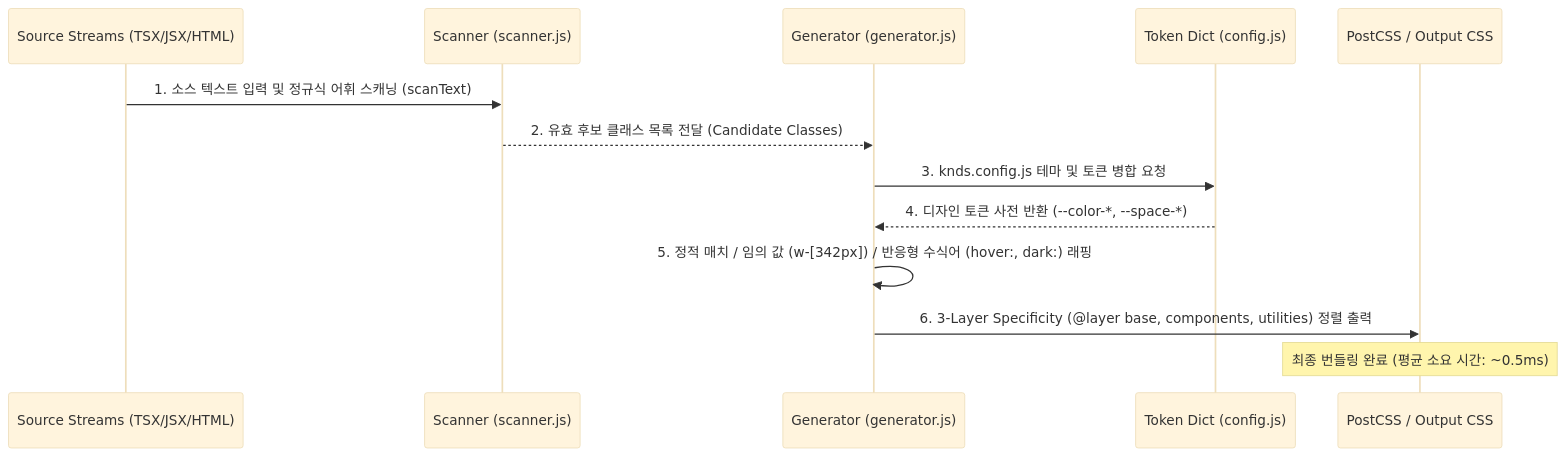
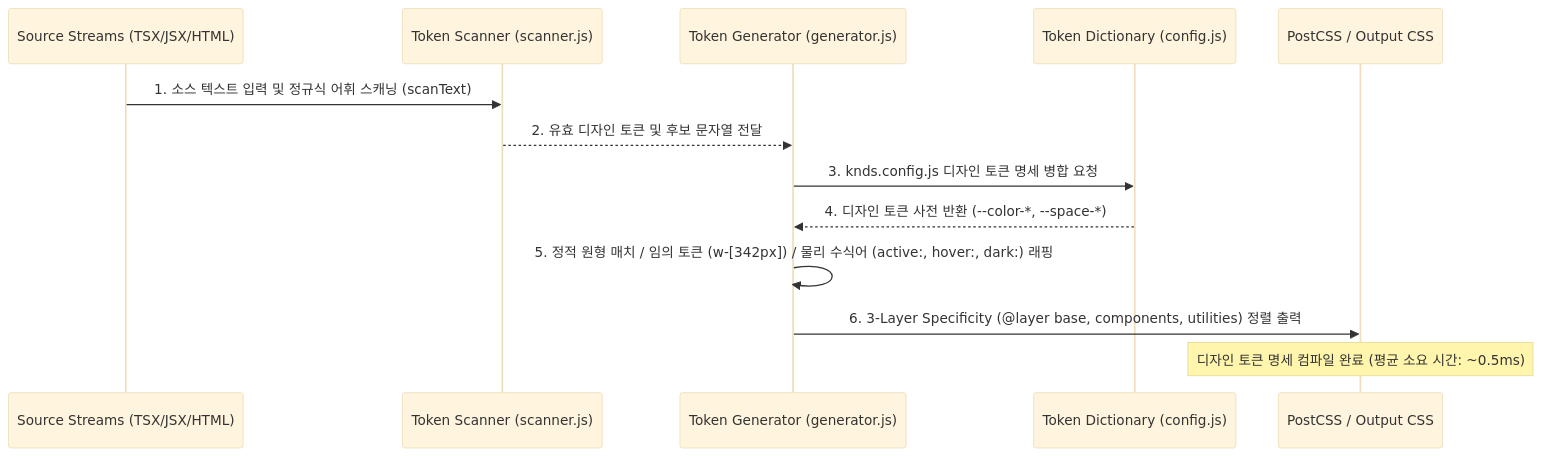
One commit to knoblab/KNDS changed the second of 2 diagrams in README.md. Above: the diagram before and after it, drawn with Mermaid (base theme). The commit also changed other lines of this file and 8 other files, not shown here.

Commit message:
feat: implement KNDS JIT compiler engine with PostCSS plugin, CLI tool, and verification suite

````diff
--- a/README.md
+++ b/README.md
@@ -66,16 +109,16 @@
 ```mermaid
 sequenceDiagram
     participant Src as Source Streams (TSX/JSX/HTML)
-    participant Scn as Scanner (scanner.js)
-    participant Gen as Generator (generator.js)
-    participant Cfg as Token Dict (config.js)
+    participant Scn as Token Scanner (scanner.js)
+    participant Gen as Token Generator (generator.js)
+    participant Cfg as Token Dictionary (config.js)
     participant Css as PostCSS / Output CSS
 
     Src->>Scn: 1. 소스 텍스트 입력 및 정규식 어휘 스캐닝 (scanText)
-    Scn-->>Gen: 2. 유효 후보 클래스 목록 전달 (Candidate Classes)
-    Gen->>Cfg: 3. knds.config.js 테마 및 토큰 병합 요청
+    Scn-->>Gen: 2. 유효 디자인 토큰 및 후보 문자열 전달
+    Gen->>Cfg: 3. knds.config.js 디자인 토큰 명세 병합 요청
     Cfg-->>Gen: 4. 디자인 토큰 사전 반환 (--color-*, --space-*)
-    Gen->>Gen: 5. 정적 매치 / 임의 값 (w-[342px]) / 반응형 수식어 (hover:, dark:) 래핑
+    Gen->>Gen: 5. 정적 원형 매치 / 임의 토큰 (w-[342px]) / 물리 수식어 (active:, hover:, dark:) 래핑
     Gen->>Css: 6. 3-Layer Specificity (@layer base, components, utilities) 정렬 출력
-    Note over Css: 최종 번들링 완료 (평균 소요 시간: ~0.5ms)
+    Note over Css: 디자인 토큰 명세 컴파일 완료 (평균 소요 시간: ~0.5ms)
 ```
````
